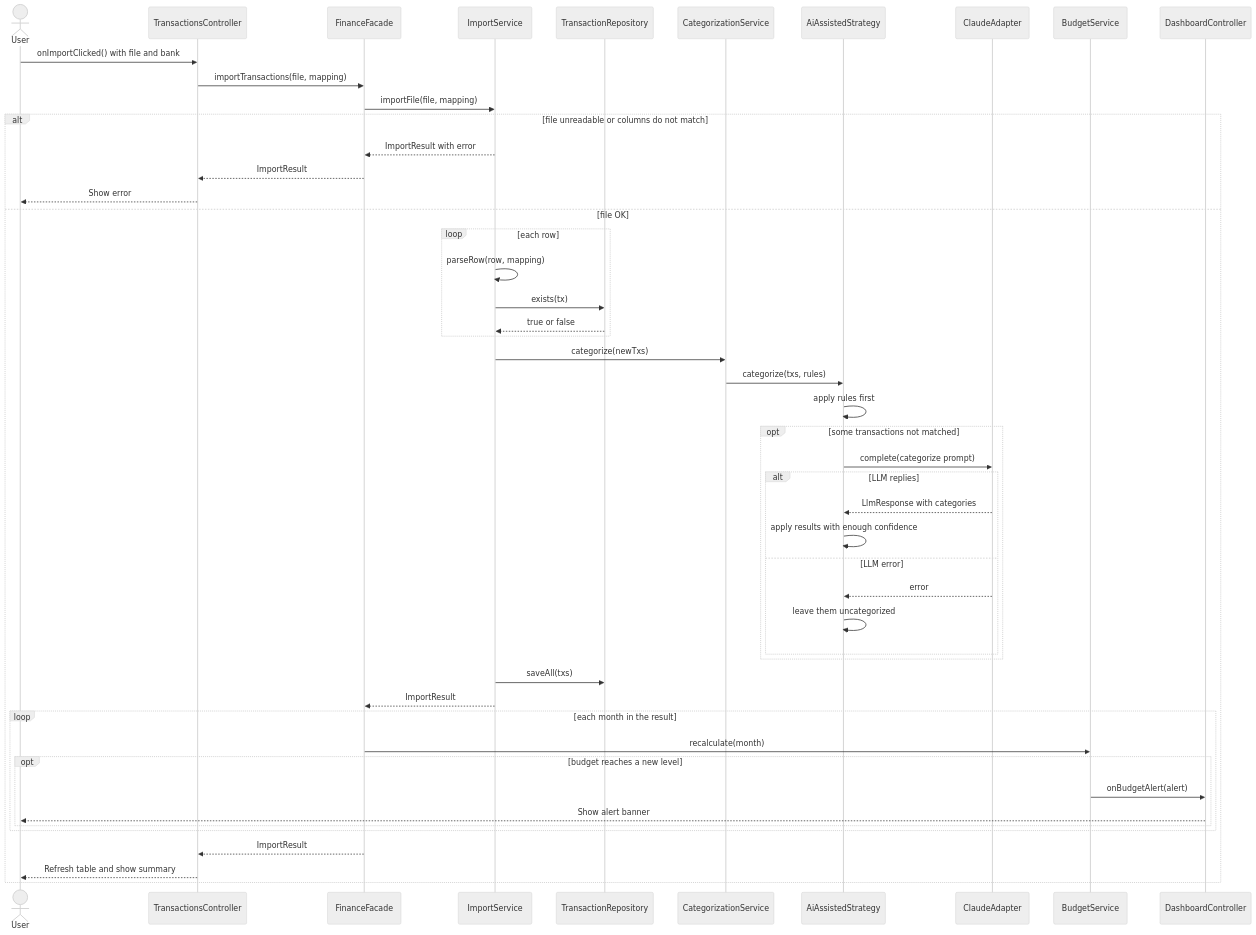
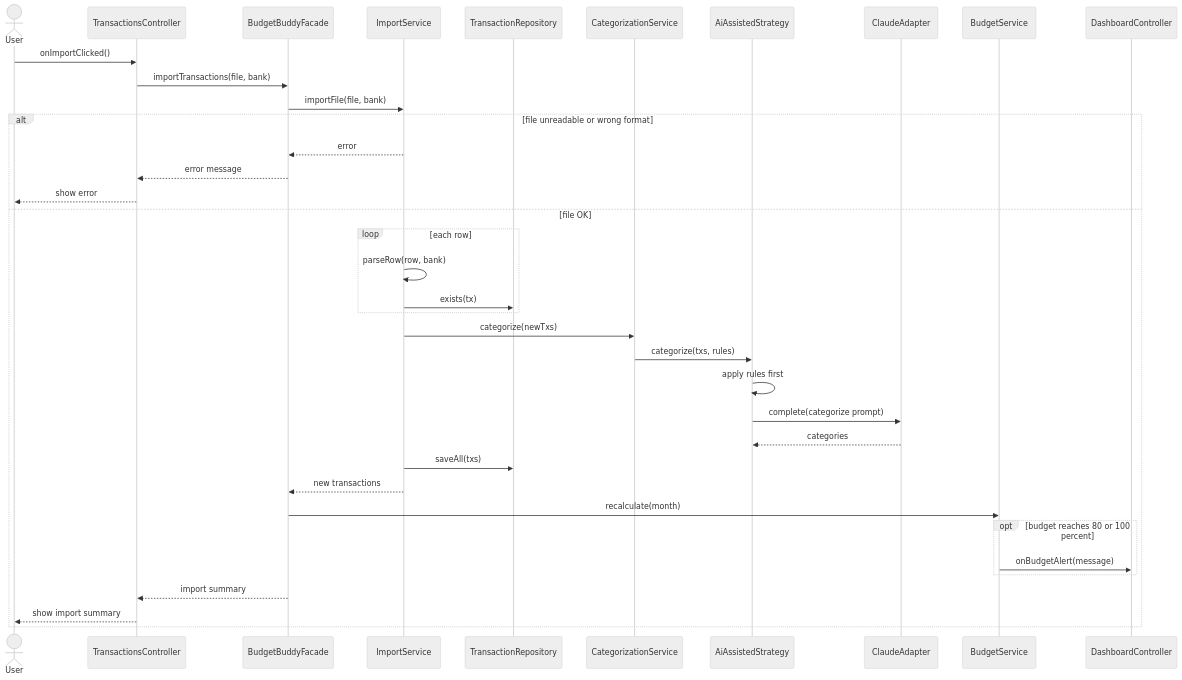
The sixth of 11 diagrams in docs/Stage1_Report.md (Abdi238/EECS3311-course-project), drawn with Mermaid (neutral theme) before and after one commit. The commit also changed other lines of this file, not shown here.

````diff
--- a/docs/Stage1_Report.md
+++ b/docs/Stage1_Report.md
@@ -1042,52 +871,39 @@
 ```mermaid
 sequenceDiagram
     actor U as User
     participant TC as TransactionsController
-    participant F as FinanceFacade
+    participant F as BudgetBuddyFacade
     participant IS as ImportService
     participant TR as TransactionRepository
     participant CS as CategorizationService
-    participant AS as AiAssistedStrategy
+    participant AI as AiAssistedStrategy
     participant LLM as ClaudeAdapter
     participant BS as BudgetService
     participant DC as DashboardController
-
-    U->>TC: onImportClicked() with file and bank
-    TC->>F: importTransactions(file, mapping)
-    F->>IS: importFile(file, mapping)
-    alt file unreadable or columns do not match
-        IS-->>F: ImportResult with error
-        F-->>TC: ImportResult
-        TC-->>U: Show error
+    U->>TC: onImportClicked()
+    TC->>F: importTransactions(file, bank)
+    F->>IS: importFile(file, bank)
+    alt file unreadable or wrong format
+        IS-->>F: error
+        F-->>TC: error message
+        TC-->>U: show error
     else file OK
         loop each row
-            IS->>IS: parseRow(row, mapping)
+            IS->>IS: parseRow(row, bank)
             IS->>TR: exists(tx)
-            TR-->>IS: true or false
         end
         IS->>CS: categorize(newTxs)
-        CS->>AS: categorize(txs, rules)
-        AS->>AS: apply rules first
-        opt some transactions not matched
-            AS->>LLM: complete(categorize prompt)
-            alt LLM replies
-                LLM-->>AS: LlmResponse with categories
-                AS->>AS: apply results with enough confidence
-            else LLM error
-                LLM-->>AS: error
-                AS->>AS: leave them uncategorized
-            end
+        CS->>AI: categorize(txs, rules)
+        AI->>AI: apply rules first
+        AI->>LLM: complete(categorize prompt)
+        LLM-->>AI: categories
+        IS->>TR: saveAll(txs)
+        IS-->>F: new transactions
+        F->>BS: recalculate(month)
+        opt budget reaches 80 or 100 percent
+            BS->>DC: onBudgetAlert(message)
         end
-        IS->>TR: saveAll(txs)
-        IS-->>F: ImportResult
-        loop each month in the result
-            F->>BS: recalculate(month)
-            opt budget reaches a new level
-                BS->>DC: onBudgetAlert(alert)
-                DC-->>U: Show alert banner
-            end
-        end
-        F-->>TC: ImportResult
-        TC-->>U: Refresh table and show summary
+        F-->>TC: import summary
+        TC-->>U: show import summary
     end
 ```
````
